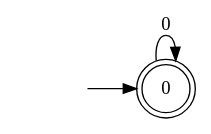
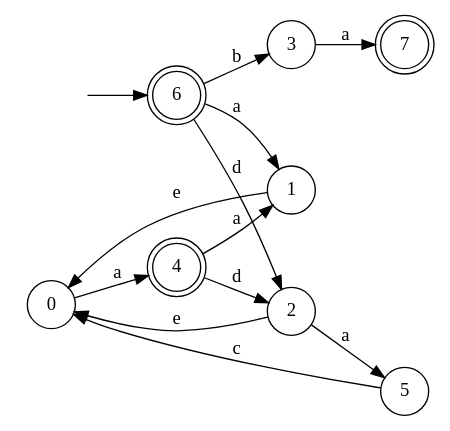
Before and after one commit to Faymiaouent/Automa4U: the diagram in dotfiles/DFA16.dot, drawn with Graphviz. The commit also changed 44 other files, not shown here.

```diff
--- a/dotfiles/DFA16.dot
+++ b/dotfiles/DFA16.dot
@@ -1,7 +1,24 @@
 digraph Automaton {
   rankdir = LR;
-0 [shape=doublecircle]; 
+node [shape=circle];
+  0 -> 4 [label="a"];
+node [shape=circle];
+  1 -> 0 [label="e"];
+node [shape=circle];
+  2 -> 5 [label="a"];
+  2 -> 0 [label="e"];
+node [shape=circle];
+  3 -> 7 [label="a"];
+4 [shape=doublecircle]; 
+  4 -> 2 [label="d"];
+  4 -> 1 [label="a"];
+node [shape=circle];
+  5 -> 0 [label="c"];
+6 [shape=doublecircle]; 
   initial [shape=plaintext,label=""];
-  initial -> 0
-  0 -> 0 [label="0"];
+  initial -> 6
+  6 -> 2 [label="d"];
+  6 -> 1 [label="a"];
+  6 -> 3 [label="b"];
+7 [shape=doublecircle]; 
 }
```
